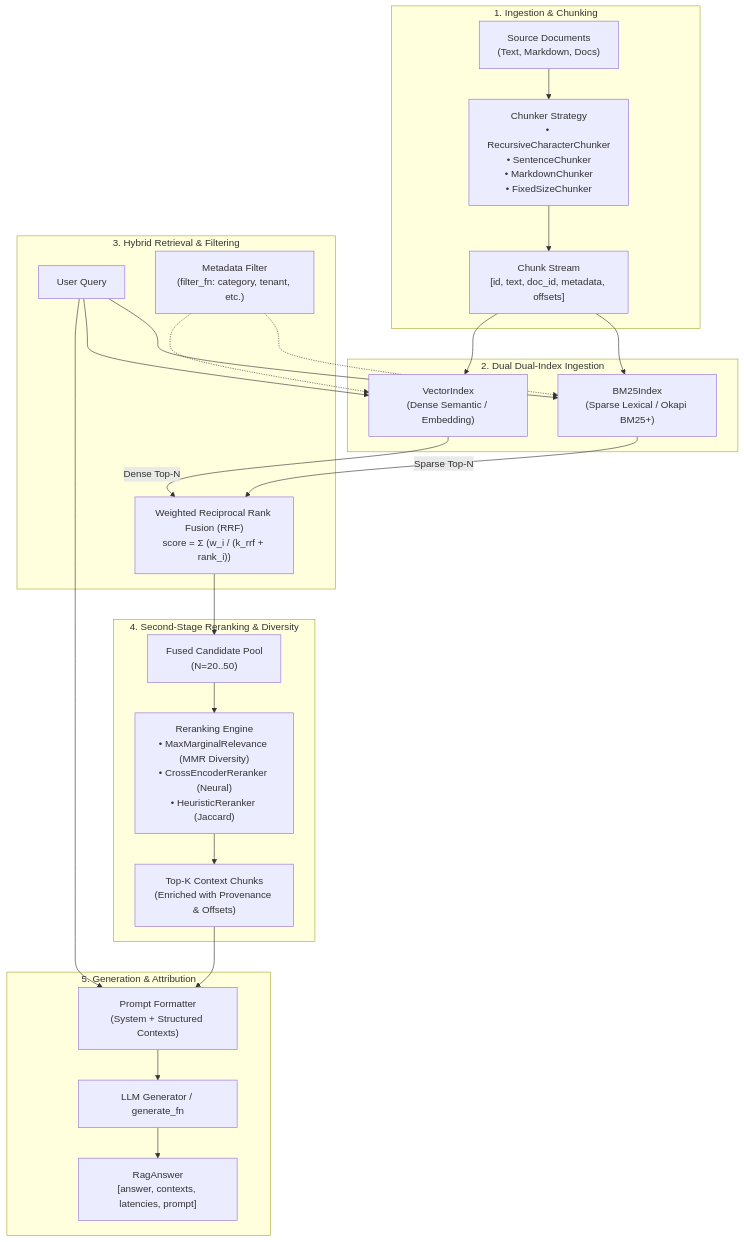
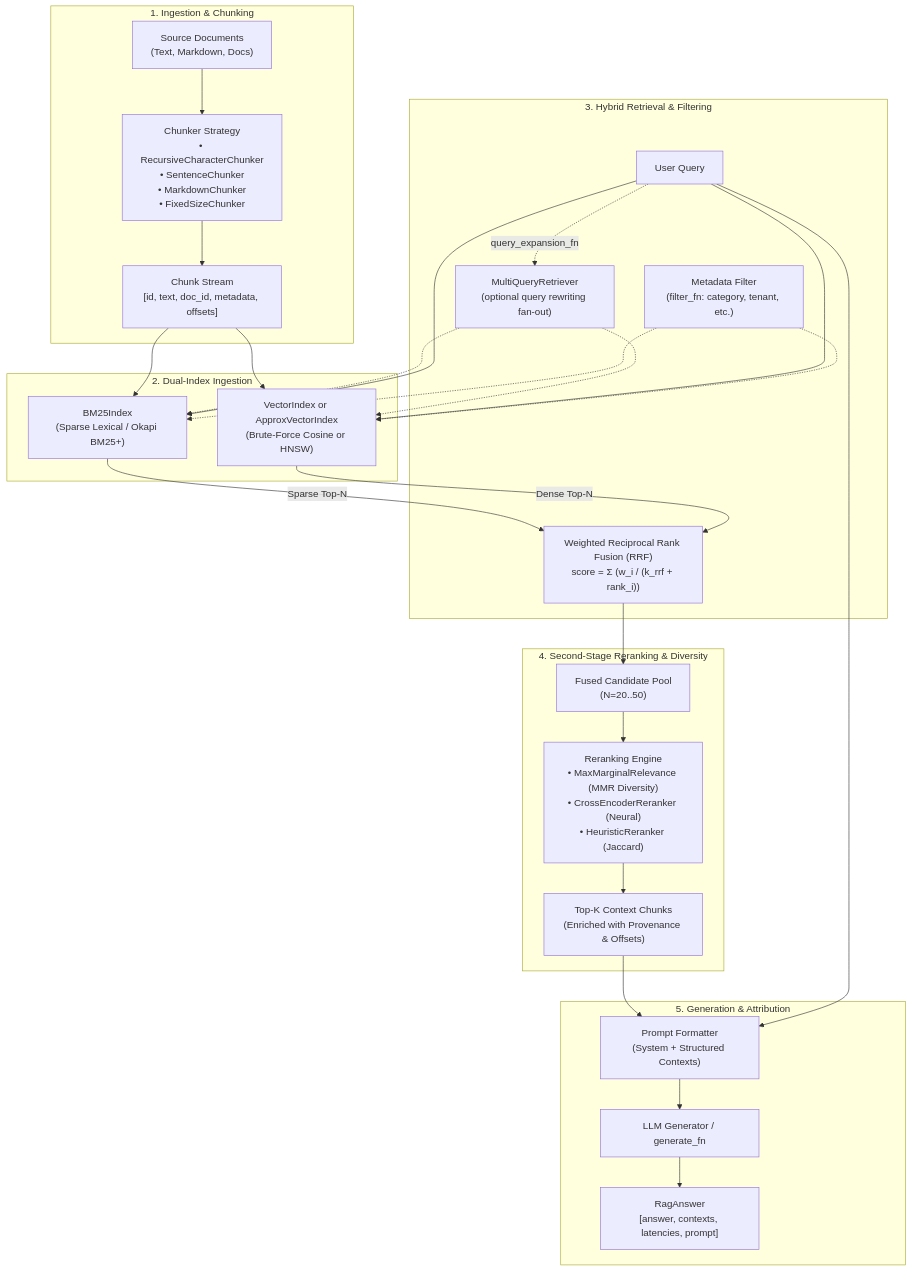
The first of 2 diagrams in docs/architecture.md (fragompul/ragforge), drawn with Mermaid before and after one commit. The commit also changed other lines of this file, not shown here.

Commit message:
updated README and architecture

````diff
--- a/docs/architecture.md
+++ b/docs/architecture.md
@@ -9,44 +9,48 @@
 ```mermaid
 flowchart TD
     subgraph Ingestion["1. Ingestion & Chunking"]
         RawDocs["Source Documents\n(Text, Markdown, Docs)"]
         Chunker["Chunker Strategy\n• RecursiveCharacterChunker\n• SentenceChunker\n• MarkdownChunker\n• FixedSizeChunker"]
         Chunks["Chunk Stream\n[id, text, doc_id, metadata, offsets]"]
         RawDocs --> Chunker --> Chunks
     end
 
-    subgraph Indexing["2. Dual Dual-Index Ingestion"]
+    subgraph Indexing["2. Dual-Index Ingestion"]
         BM25["BM25Index\n(Sparse Lexical / Okapi BM25+)"]
-        Vector["VectorIndex\n(Dense Semantic / Embedding)"]
+        Vector["VectorIndex or ApproxVectorIndex\n(Brute-Force Cosine or HNSW)"]
         Chunks --> BM25
         Chunks --> Vector
     end
 
     subgraph Retrieval["3. Hybrid Retrieval & Filtering"]
         Query["User Query"]
+        MultiQuery["MultiQueryRetriever\n(optional query rewriting fan-out)"]
         Filter["Metadata Filter\n(filter_fn: category, tenant, etc.)"]
         RRF["Weighted Reciprocal Rank Fusion (RRF)\nscore = Σ (w_i / (k_rrf + rank_i))"]
+        Query -.->|query_expansion_fn| MultiQuery
+        MultiQuery -.-> BM25
+        MultiQuery -.-> Vector
         Query --> BM25
         Query --> Vector
         Filter -.-> BM25
         Filter -.-> Vector
         BM25 -->|Sparse Top-N| RRF
         Vector -->|Dense Top-N| RRF
     end
 
     subgraph Reranking["4. Second-Stage Reranking & Diversity"]
         Candidates["Fused Candidate Pool\n(N=20..50)"]
         Reranker["Reranking Engine\n• MaxMarginalRelevance (MMR Diversity)\n• CrossEncoderReranker (Neural)\n• HeuristicReranker (Jaccard)"]
         TopK["Top-K Context Chunks\n(Enriched with Provenance & Offsets)"]
         RRF --> Candidates --> Reranker --> TopK
     end
 
     subgraph Generation["5. Generation & Attribution"]
         PromptFormatter["Prompt Formatter\n(System + Structured Contexts)"]
         LLM["LLM Generator / generate_fn"]
         Answer["RagAnswer\n[answer, contexts, latencies, prompt]"]
         TopK --> PromptFormatter
         Query --> PromptFormatter
         PromptFormatter --> LLM --> Answer
     end
 ```
````
